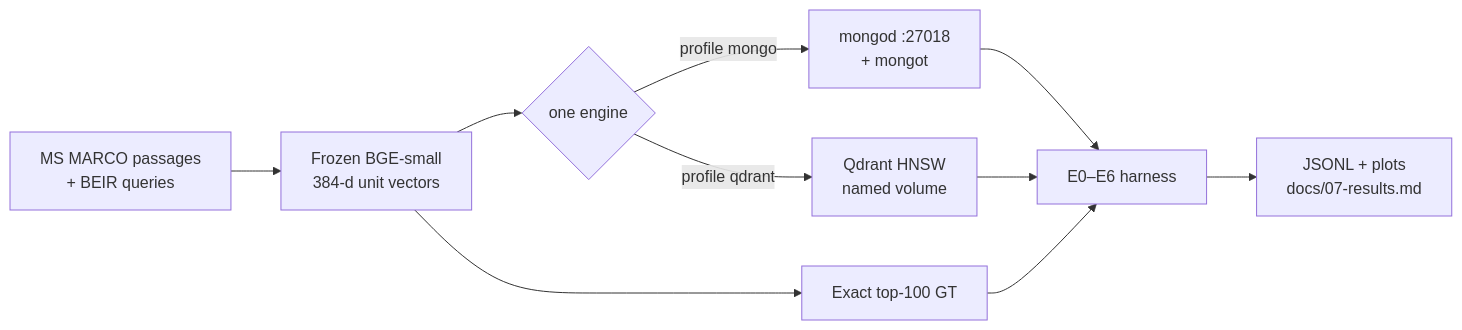
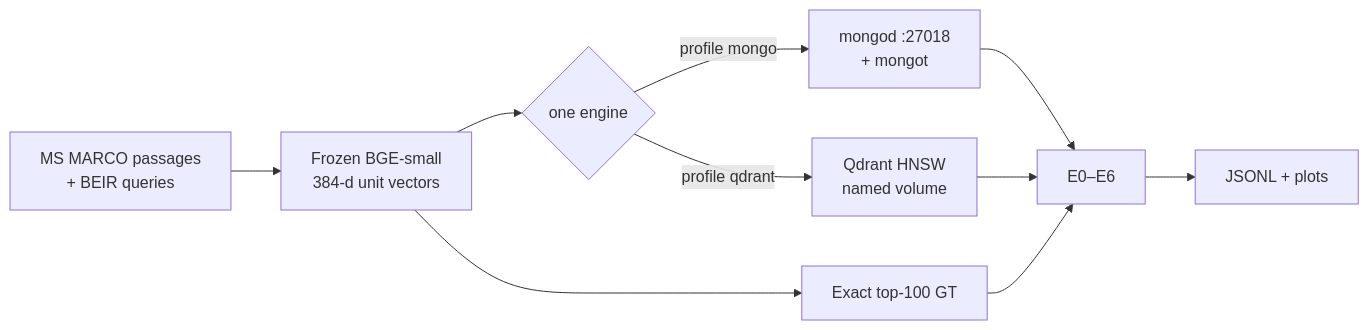
The diagram in README.md (drakeRAGE/mongo-vs-qdrant-local), drawn with Mermaid before and after one commit. The commit also changed other lines of this file, not shown here.

````diff
--- a/README.md
+++ b/README.md
@@ -102,12 +146,12 @@
 ```mermaid
 flowchart LR
   A[MS MARCO passages<br/>+ BEIR queries] --> B[Frozen BGE-small<br/>384-d unit vectors]
   B --> C[Exact top-100 GT]
   B --> D{one engine}
   D -->|profile mongo| E[mongod :27018<br/>+ mongot]
   D -->|profile qdrant| F[Qdrant HNSW<br/>named volume]
-  E --> G[E0–E6 harness]
+  E --> G[E0–E6]
   F --> G
   C --> G
-  G --> H[JSONL + plots<br/>docs/07-results.md]
+  G --> H[JSONL + plots]
 ```
````
